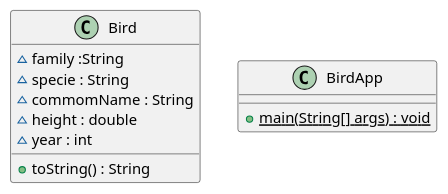
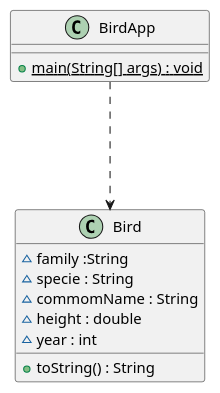
The diagram in Bird.puml (masmangan/urban-computing-machine), drawn with PlantUML before and after one commit.

Commit message:
2. Implementação da Classe #2

```diff
--- a/Bird.puml
+++ b/Bird.puml
@@ -1,17 +1,19 @@
 @startuml
 
 class Bird {
     ~family :String
     ~specie : String
     ~commomName : String
     ~height : double
     ~year : int
 
     +toString() : String
 }
 
 class BirdApp {
     +{static} main(String[] args) : void
 }
 
+BirdApp ...> Bird
+
 @enduml
```
